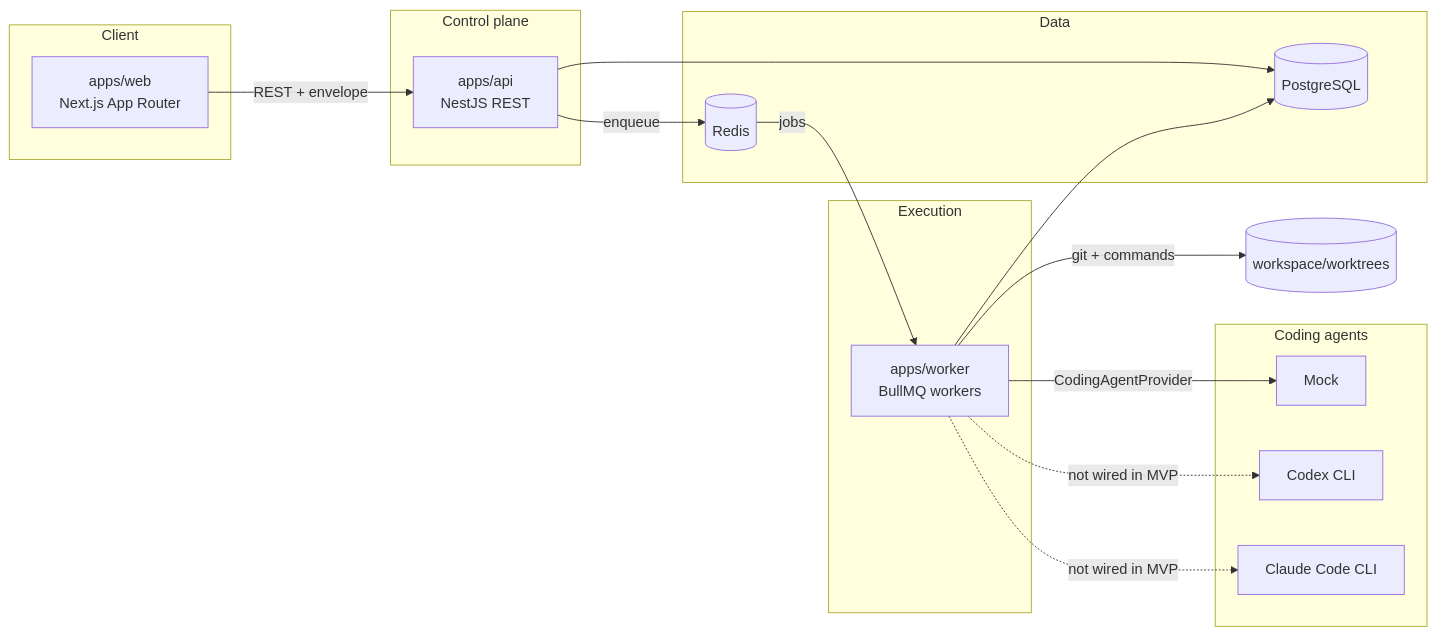
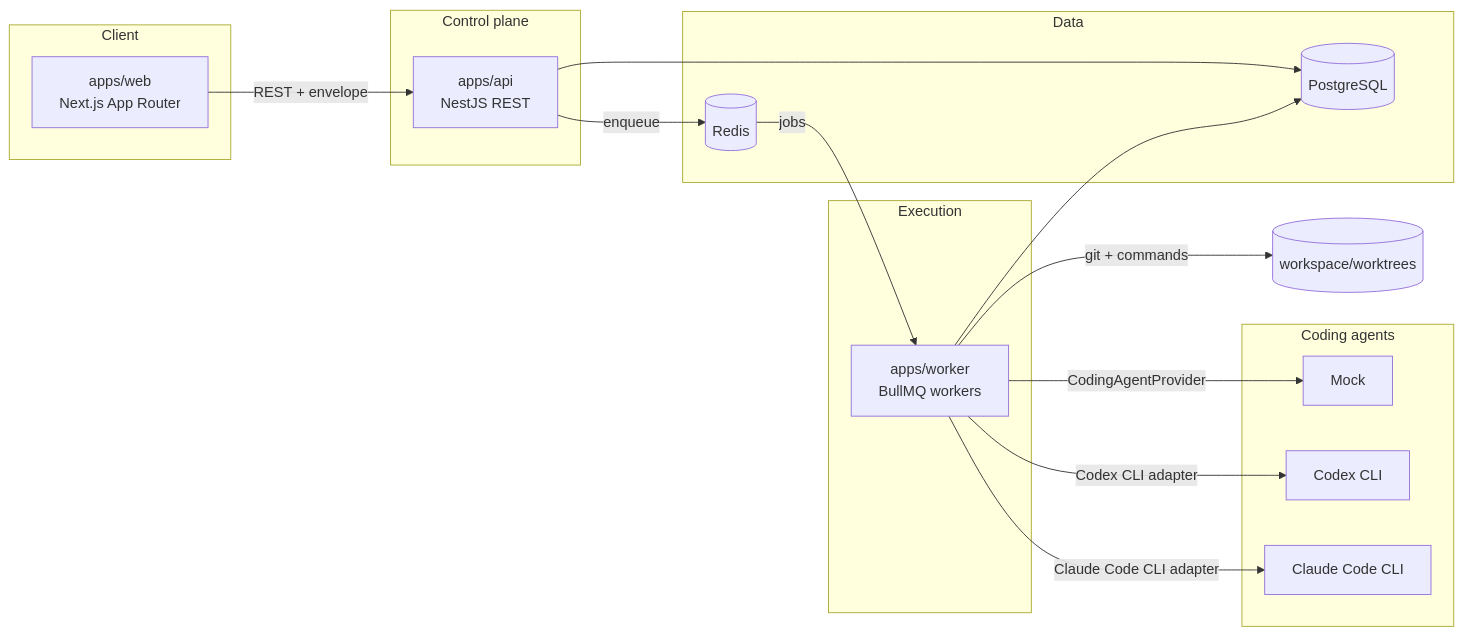
The first of 4 diagrams in docs/architecture.md (Hoeur/engineering-loop), drawn with Mermaid before and after one commit. The commit also changed other lines of this file and 7 other files, not shown here.

````diff
--- a/docs/architecture.md
+++ b/docs/architecture.md
@@ -8,31 +8,31 @@
 ```mermaid
 flowchart LR
   subgraph Client
     WEB[apps/web<br/>Next.js App Router]
   end
   subgraph ControlPlane["Control plane"]
     API[apps/api<br/>NestJS REST]
   end
   subgraph Execution
     WORKER[apps/worker<br/>BullMQ workers]
   end
   subgraph Data
     PG[(PostgreSQL)]
     REDIS[(Redis)]
   end
   subgraph Providers["Coding agents"]
     MOCK[Mock]
     CODEX[Codex CLI]
     CLAUDE[Claude Code CLI]
   end
 
   WEB -->|REST + envelope| API
   API --> PG
   API -->|enqueue| REDIS
   REDIS -->|jobs| WORKER
   WORKER --> PG
   WORKER -->|CodingAgentProvider| MOCK
-  WORKER -.not wired in MVP.-> CODEX
-  WORKER -.not wired in MVP.-> CLAUDE
+  WORKER -->|Codex CLI adapter| CODEX
+  WORKER -->|Claude Code CLI adapter| CLAUDE
   WORKER -->|git + commands| WT[(workspace/worktrees)]
 ```
````
